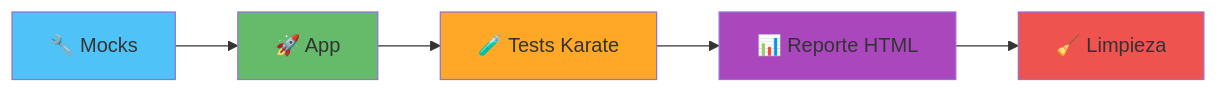
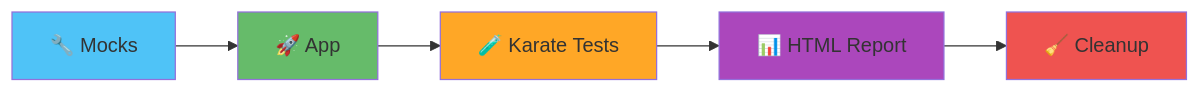
Before and after one commit to oswaldom-code/gtool: the first of 2 diagrams in README.md, drawn with Mermaid. The commit also changed other lines of this file and 1 other file, not shown here.

````diff
--- a/README.md
+++ b/README.md
@@ -18,13 +20,13 @@
 ```mermaid
 graph LR
     A[🔧 Mocks] --> B[🚀 App]
-    B --> C[🧪 Tests Karate]
-    C --> D[📊 Reporte HTML]
-    D --> E[🧹 Limpieza]
+    B --> C[🧪 Karate Tests]
+    C --> D[📊 HTML Report]
+    D --> E[🧹 Cleanup]
 
     style A fill:#4fc3f7
     style B fill:#66bb6a
     style C fill:#ffa726
     style D fill:#ab47bc
     style E fill:#ef5350
 ```
````
